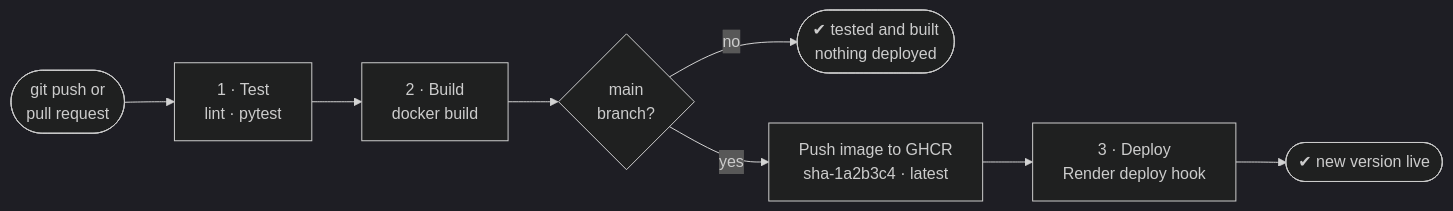
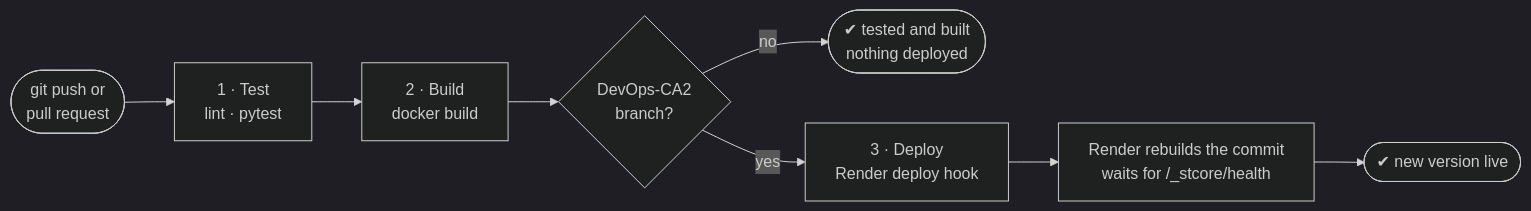
Before and after one commit to rocko131205/PBL-2: the diagram in docs/CI_CD.md, drawn with Mermaid (dark theme). The commit also changed other lines of this file and 2 other files, not shown here.

First line of the commit message:
ci: deploy DevOps-CA2 to Render through the deploy hook

````diff
--- a/docs/CI_CD.md
+++ b/docs/CI_CD.md
@@ -18,10 +18,10 @@
 ```mermaid
 flowchart LR
     PUSH(["git push or<br/>pull request"]) --> TEST["1 · Test<br/>lint · pytest"]
     TEST --> BUILD["2 · Build<br/>docker build"]
-    BUILD --> MAIN{"main<br/>branch?"}
-    MAIN -- no --> DONE(["✔ tested and built<br/>nothing deployed"])
-    MAIN -- yes --> GHCR["Push image to GHCR<br/>sha-1a2b3c4 · latest"]
-    GHCR --> DEPLOY["3 · Deploy<br/>Render deploy hook"]
-    DEPLOY --> LIVE(["✔ new version live"])
+    BUILD --> BRANCH{"DevOps-CA2<br/>branch?"}
+    BRANCH -- no --> DONE(["✔ tested and built<br/>nothing deployed"])
+    BRANCH -- yes --> DEPLOY["3 · Deploy<br/>Render deploy hook"]
+    DEPLOY --> RENDER["Render rebuilds the commit<br/>waits for /_stcore/health"]
+    RENDER --> LIVE(["✔ new version live"])
 ```
````
